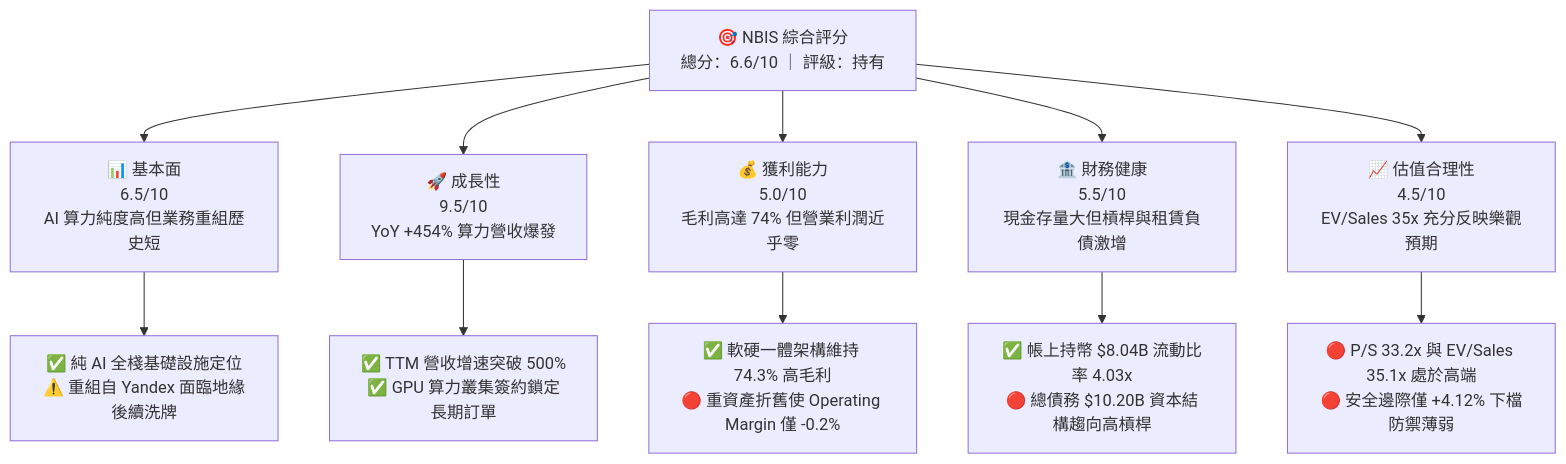
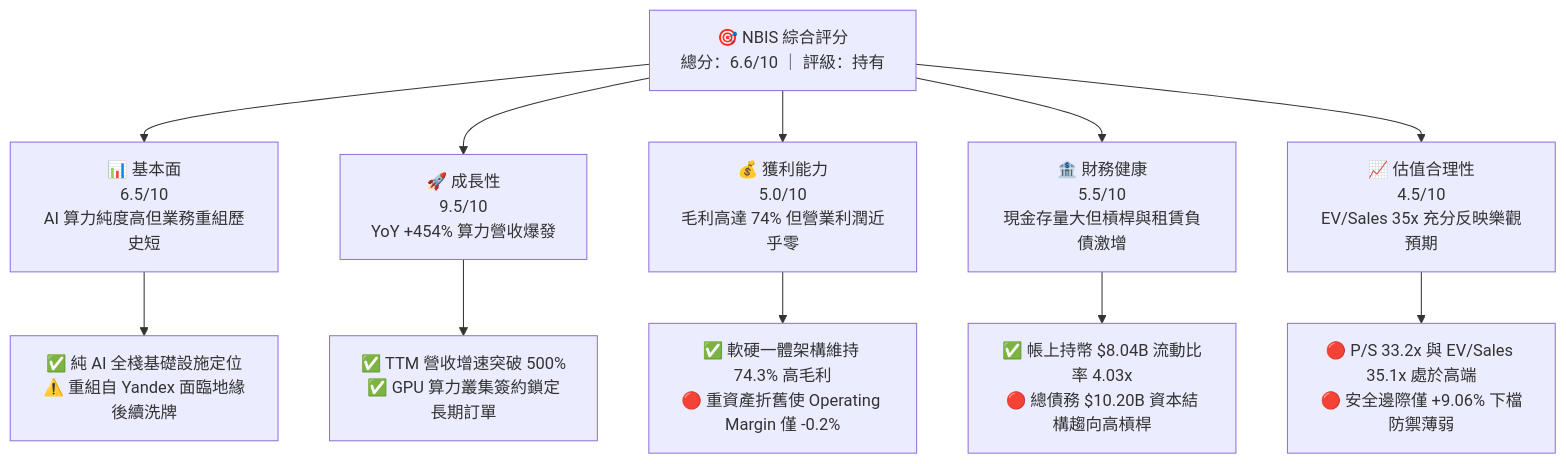
The first of 15 diagrams in ai_gen_report/fundamental/nbis/fundamental_analysis_2026-10-16_gemini.md (yennanliu/finance_data), drawn with Mermaid before and after one commit. The commit also changed other lines of this file and 339 other files, not shown here.

````diff
--- a/ai_gen_report/fundamental/nbis/fundamental_analysis_2026-10-16_gemini.md
+++ b/ai_gen_report/fundamental/nbis/fundamental_analysis_2026-10-16_gemini.md
@@ -60,22 +67,22 @@
 ```mermaid
 graph TD
     TICKER["🎯 NBIS 綜合評分<br/>總分：6.6/10 ｜ 評級：持有"]
 
     F["📊 基本面<br/>6.5/10<br/>AI 算力純度高但業務重組歷史短"]
     G["🚀 成長性<br/>9.5/10<br/>YoY +454% 算力營收爆發"]
     P["💰 獲利能力<br/>5.0/10<br/>毛利高達 74% 但營業利潤近乎零"]
     B["🏦 財務健康<br/>5.5/10<br/>現金存量大但槓桿與租賃負債激增"]
     V["📈 估值合理性<br/>4.5/10<br/>EV/Sales 35x 充分反映樂觀預期"]
 
     TICKER --> F
     TICKER --> G
     TICKER --> P
     TICKER --> B
     TICKER --> V
 
     F --> F1["✅ 純 AI 全棧基礎設施定位<br/>⚠️ 重組自 Yandex 面臨地緣後續洗牌"]
     G --> G1["✅ TTM 營收增速突破 500%<br/>✅ GPU 算力叢集簽約鎖定長期訂單"]
     P --> P1["✅ 軟硬一體架構維持 74.3% 高毛利<br/>🔴 重資產折舊使 Operating Margin 僅 -0.2%"]
     B --> B1["✅ 帳上持幣 $8.04B 流動比率 4.03x<br/>🔴 總債務 $10.20B 資本結構趨向高槓桿"]
-    V --> V1["🔴 P/S 33.2x 與 EV/Sales 35.1x 處於高端<br/>🔴 安全邊際僅 +4.12% 下檔防禦薄弱"]
+    V --> V1["🔴 P/S 33.2x 與 EV/Sales 35.1x 處於高端<br/>🔴 安全邊際僅 +9.06% 下檔防禦薄弱"]
 ```
````
